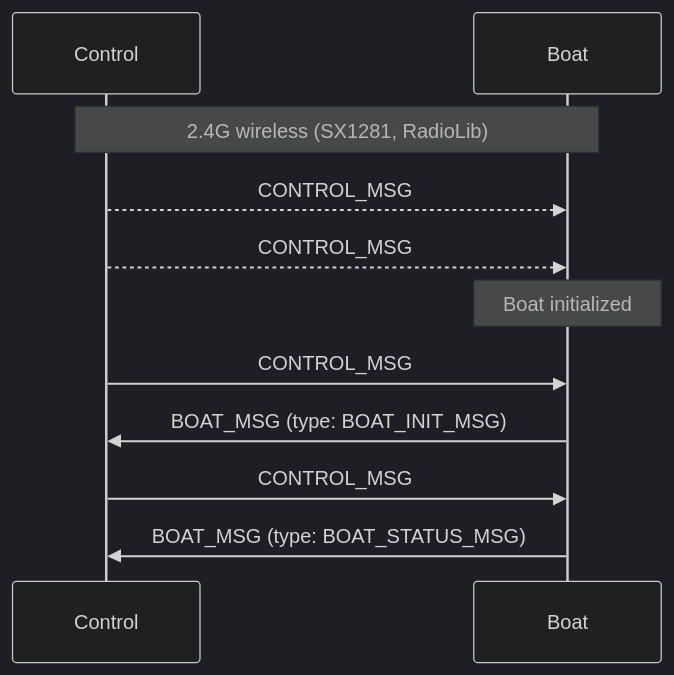
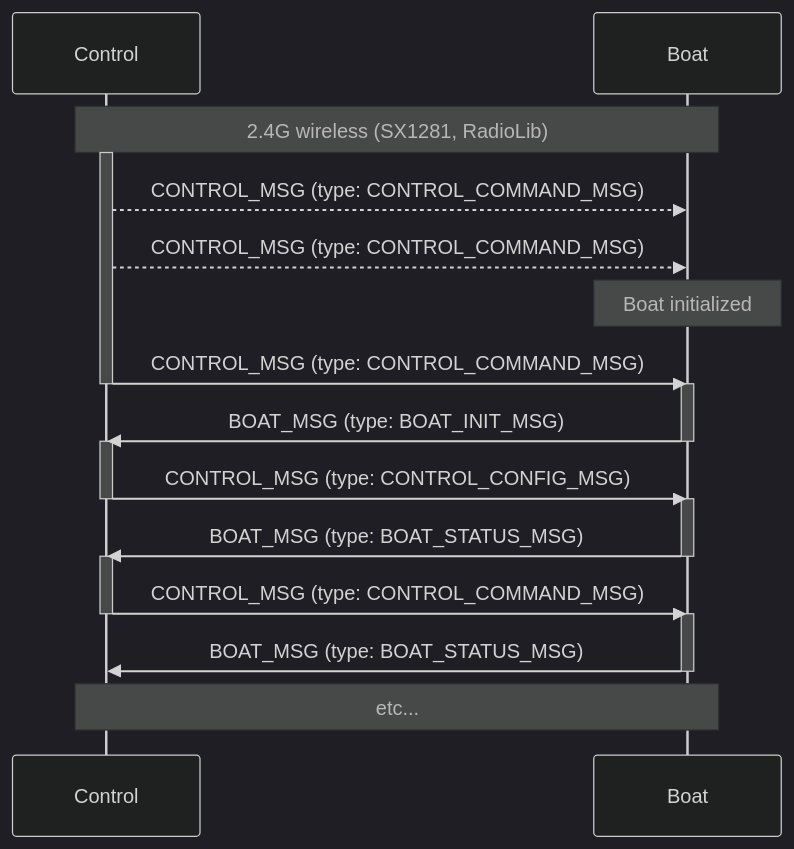
One commit to langningchen/innovation changed the first of 3 diagrams in README.md. Above: the diagram before and after it, drawn with Mermaid (dark theme). The commit also changed other lines of this file and 1 other file, not shown here.

Commit message:
Update WakaTime badge link and enhance control message structure in README

````diff
--- a/README.md
+++ b/README.md
@@ -31,14 +31,29 @@
 ```mermaid
 sequenceDiagram
     participant Control
     participant Boat
 
     Note over Control,Boat: 2.4G wireless (SX1281, RadioLib)
-    Control -->> Boat: CONTROL_MSG
-    Control -->> Boat: CONTROL_MSG
+    activate Control
+    Control -->> Boat: CONTROL_MSG (type: CONTROL_COMMAND_MSG)
+    Control -->> Boat: CONTROL_MSG (type: CONTROL_COMMAND_MSG)
     Note over Boat: Boat initialized
-    Control ->> Boat: CONTROL_MSG
+    Control ->> Boat: CONTROL_MSG (type: CONTROL_COMMAND_MSG)
+    deactivate Control
+    activate Boat
     Boat ->> Control: BOAT_MSG (type: BOAT_INIT_MSG)
-    Control ->> Boat: CONTROL_MSG
+    deactivate Boat
+    activate Control
+    Control ->> Boat: CONTROL_MSG (type: CONTROL_CONFIG_MSG)
+    deactivate Control
+    activate Boat
     Boat ->> Control: BOAT_MSG (type: BOAT_STATUS_MSG)
+    deactivate Boat
+    activate Control
+    Control ->> Boat: CONTROL_MSG (type: CONTROL_COMMAND_MSG)
+    deactivate Control
+    activate Boat
+    Boat ->> Control: BOAT_MSG (type: BOAT_STATUS_MSG)
+    deactivate Boat
+    Note over Control,Boat: etc...
 ```
````
